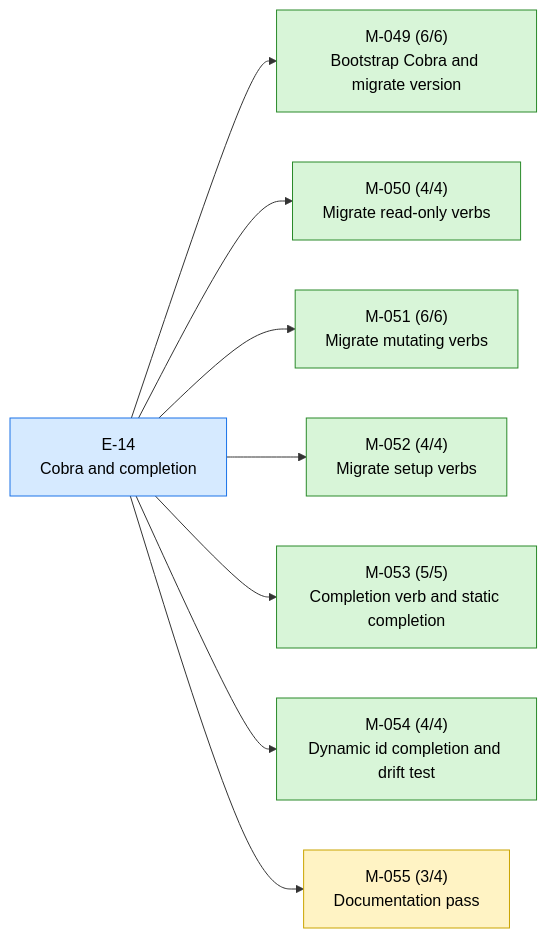
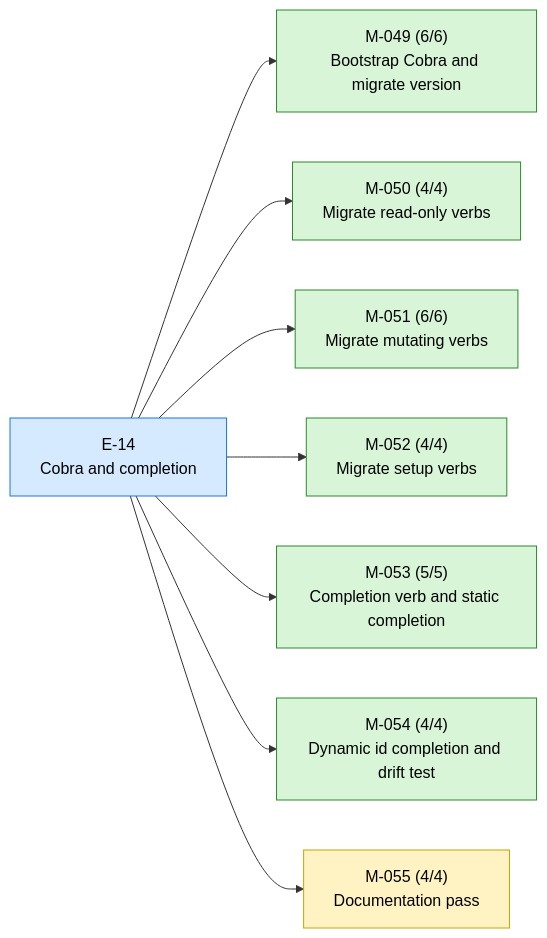
The first of 2 diagrams in STATUS.md (23min/aiwf), drawn with Mermaid before and after one commit. The commit also changed other lines of this file and 1 other file, not shown here.

````diff
--- a/STATUS.md
+++ b/STATUS.md
@@ -17,24 +17,24 @@
 ```mermaid
 flowchart LR
   E_14["E-14<br/>Cobra and completion"]:::epic_active
   M_049["M-049 (6/6)<br/>Bootstrap Cobra and migrate version"]:::ms_done
   E_14 --> M_049
   M_050["M-050 (4/4)<br/>Migrate read-only verbs"]:::ms_done
   E_14 --> M_050
   M_051["M-051 (6/6)<br/>Migrate mutating verbs"]:::ms_done
   E_14 --> M_051
   M_052["M-052 (4/4)<br/>Migrate setup verbs"]:::ms_done
   E_14 --> M_052
   M_053["M-053 (5/5)<br/>Completion verb and static completion"]:::ms_done
   E_14 --> M_053
   M_054["M-054 (4/4)<br/>Dynamic id completion and drift test"]:::ms_done
   E_14 --> M_054
-  M_055["M-055 (3/4)<br/>Documentation pass"]:::ms_in_progress
+  M_055["M-055 (4/4)<br/>Documentation pass"]:::ms_in_progress
   E_14 --> M_055
   classDef epic_active fill:#d6eaff,stroke:#1a73e8,color:#000
   classDef epic_proposed fill:#f4f4f4,stroke:#888,color:#000
   classDef ms_done fill:#d8f5d8,stroke:#2a8a2a,color:#000
   classDef ms_in_progress fill:#fff3c4,stroke:#caa400,color:#000
   classDef ms_draft fill:#f4f4f4,stroke:#888,color:#000
   classDef ms_cancelled fill:#fbeaea,stroke:#c33,color:#000
 ```
````
